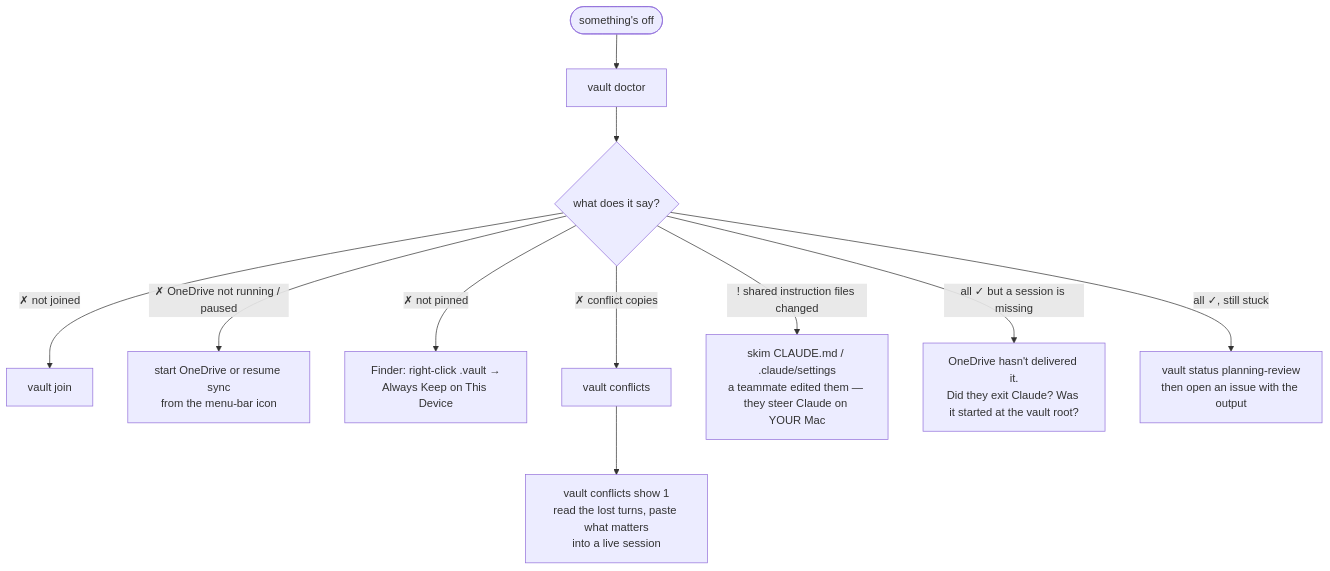
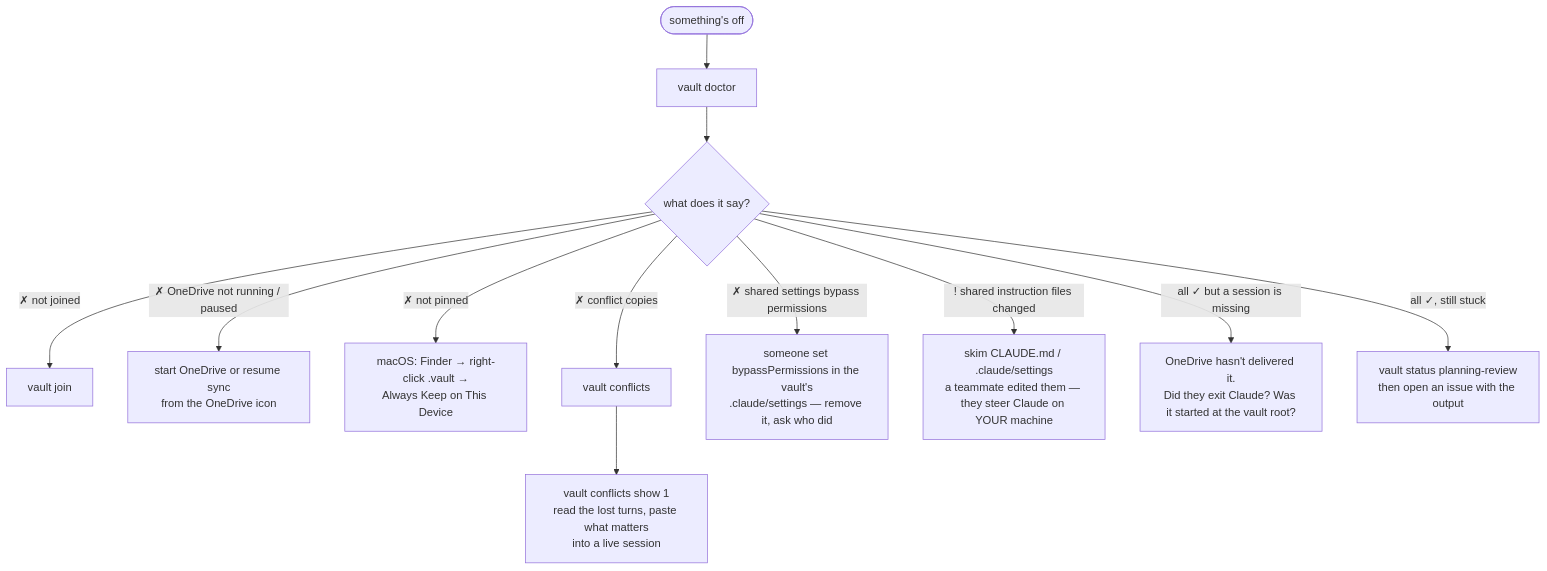
One commit to shashb27/vault changed the fifth of 6 diagrams in README.md. Above: the diagram before and after it, drawn with Mermaid. The commit also changed other lines of this file and 33 other files, not shown here.

````diff
--- a/README.md
+++ b/README.md
@@ -144,13 +157,14 @@
 ```mermaid
 flowchart TD
     A(["something's off"]) --> B["vault doctor"]
     B --> C{"what does it say?"}
     C -- "✗ not joined" --> D["vault join"]
-    C -- "✗ OneDrive not running / paused" --> E["start OneDrive or resume sync<br/>from the menu-bar icon"]
-    C -- "✗ not pinned" --> F["Finder: right-click .vault →<br/>Always Keep on This Device"]
+    C -- "✗ OneDrive not running / paused" --> E["start OneDrive or resume sync<br/>from the OneDrive icon"]
+    C -- "✗ not pinned" --> F["macOS: Finder → right-click .vault →<br/>Always Keep on This Device"]
     C -- "✗ conflict copies" --> G["vault conflicts"]
     G --> H["vault conflicts show 1<br/>read the lost turns, paste what matters<br/>into a live session"]
-    C -- "! shared instruction files changed" --> I["skim CLAUDE.md / .claude/settings<br/>a teammate edited them — they steer Claude on YOUR Mac"]
+    C -- "✗ shared settings bypass permissions" --> P["someone set bypassPermissions in the vault's<br/>.claude/settings — remove it, ask who did"]
+    C -- "! shared instruction files changed" --> I["skim CLAUDE.md / .claude/settings<br/>a teammate edited them — they steer Claude on YOUR machine"]
     C -- "all ✓ but a session is missing" --> J["OneDrive hasn't delivered it.<br/>Did they exit Claude? Was it started at the vault root?"]
     C -- "all ✓, still stuck" --> K["vault status planning-review<br/>then open an issue with the output"]
 ```
````
